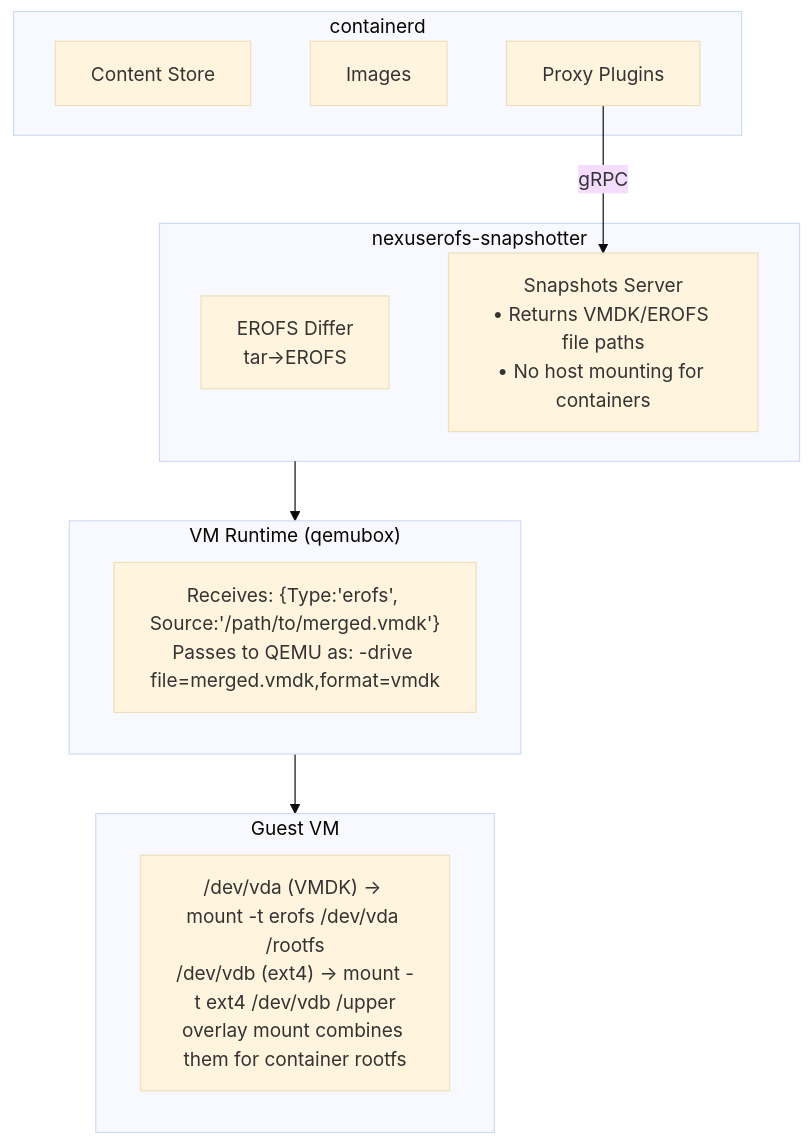
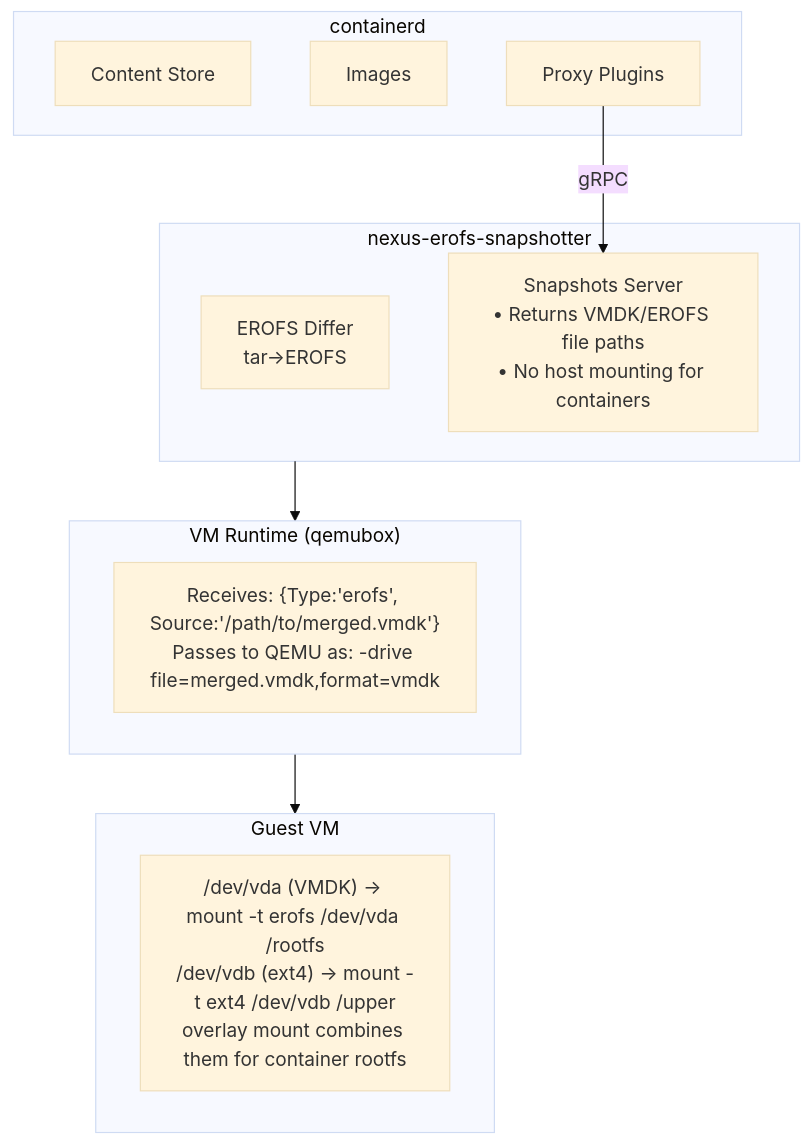
Before and after one commit to spin-stack/erofs-snapshotter: the first of 2 diagrams in README.md, drawn with Mermaid (base theme). The commit also changed other lines of this file and 40 other files, not shown here.

````diff
--- a/README.md
+++ b/README.md
@@ -19,25 +19,25 @@
 ```mermaid
 flowchart TB
     subgraph containerd["containerd"]
         CS[Content Store]
         IMG[Images]
         PP[Proxy Plugins]
     end
 
-    subgraph snapshotter["nexuserofs-snapshotter"]
+    subgraph snapshotter["nexus-erofs-snapshotter"]
         DIFFER[EROFS Differ<br/>tar→EROFS]
         SERVER[Snapshots Server<br/>• Returns VMDK/EROFS file paths<br/>• No host mounting for containers]
     end
 
     subgraph vmruntime["VM Runtime (qemubox)"]
         RECV["Receives: {Type:'erofs', Source:'/path/to/merged.vmdk'}<br/>Passes to QEMU as: -drive file=merged.vmdk,format=vmdk"]
     end
 
     subgraph guest["Guest VM"]
         MOUNT["/dev/vda (VMDK) → mount -t erofs /dev/vda /rootfs<br/>/dev/vdb (ext4) → mount -t ext4 /dev/vdb /upper<br/>overlay mount combines them for container rootfs"]
     end
 
     PP -->|gRPC| SERVER
     snapshotter --> vmruntime
     vmruntime --> guest
 ```
````
